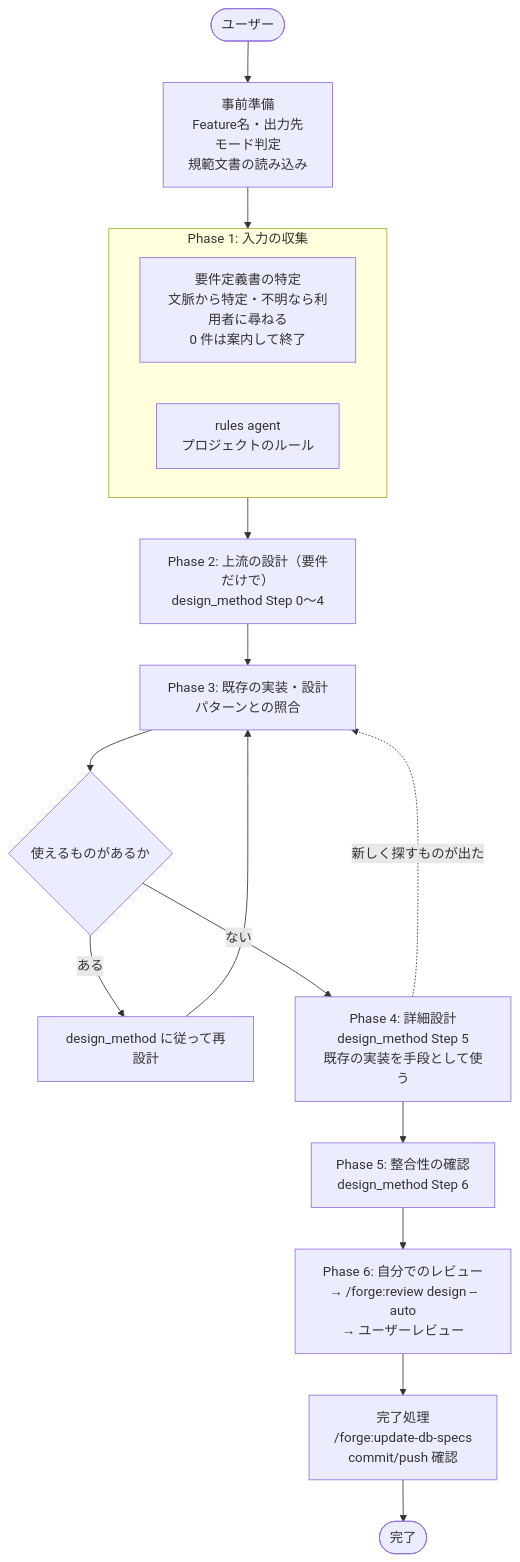
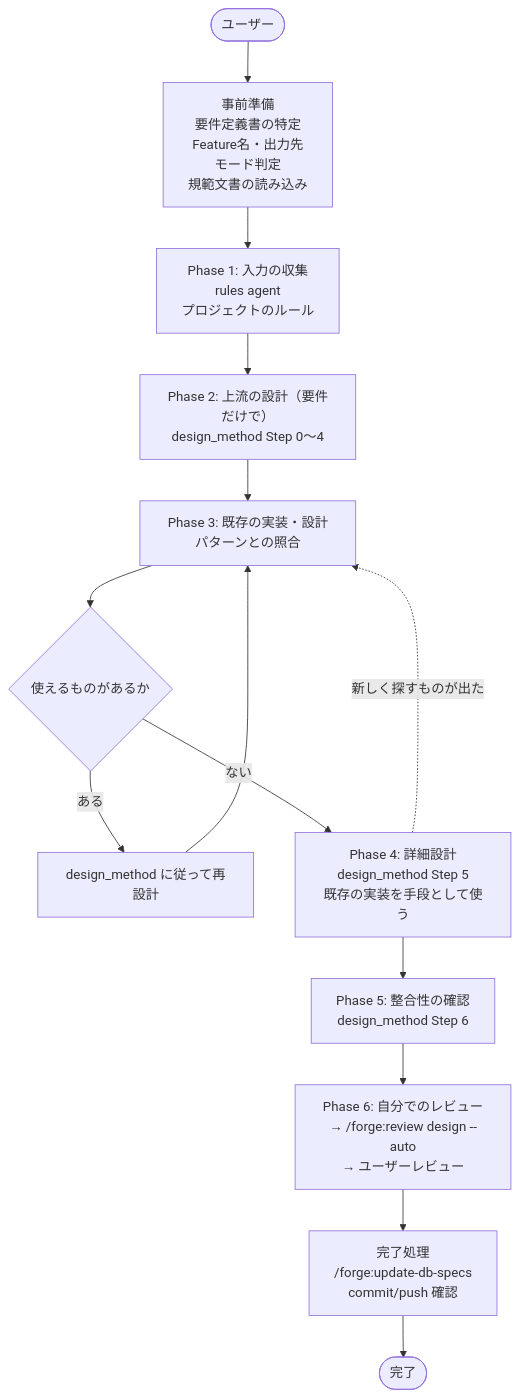
Before and after one commit to BlueEventHorizon/bw-cc-plugins: the diagram in docs/specs/forge/design/DES-018_create_design_workflow_design.md, drawn with Mermaid. The commit also changed other lines of this file and 6 other files, not shown here.

````diff
--- a/docs/specs/forge/design/DES-018_create_design_workflow_design.md
+++ b/docs/specs/forge/design/DES-018_create_design_workflow_design.md
@@ -14,29 +14,26 @@
 ```mermaid
 flowchart TD
     User([ユーザー]) --> PREREQ
 
-    PREREQ["事前準備<br>Feature名・出力先<br>モード判定<br>規範文書の読み込み"] --> COLLECT
+    PREREQ["事前準備<br>要件定義書の特定<br>Feature名・出力先<br>モード判定<br>規範文書の読み込み"] --> COLLECT
 
-    subgraph COLLECT["Phase 1: 入力の収集"]
-        A1["要件定義書の特定<br>文脈から特定・不明なら利用者に尋ねる<br>0 件は案内して終了"]
-        A2["rules agent<br>プロジェクトのルール"]
-    end
+    COLLECT["Phase 1: 入力の収集<br>rules agent<br>プロジェクトのルール"]
 
     COLLECT --> DESIGN
 
     DESIGN["Phase 2: 上流の設計（要件だけで）<br>design_method Step 0〜4"] --> MATCH
 
     MATCH["Phase 3: 既存の実装・設計パターンとの照合"] --> FOUND{使えるものがあるか}
     FOUND -->|"ある"| REDESIGN["design_method に従って再設計"]
     REDESIGN --> MATCH
     FOUND -->|"ない"| DETAIL
 
     DETAIL["Phase 4: 詳細設計<br>design_method Step 5<br>既存の実装を手段として使う"] --> CHECK
     DETAIL -.->|"新しく探すものが出た"| MATCH
 
     CHECK["Phase 5: 整合性の確認<br>design_method Step 6"] --> REVIEW
 
     REVIEW["Phase 6: 自分でのレビュー<br>→ /forge:review design --auto<br>→ ユーザーレビュー"] --> FINISH
 
     FINISH["完了処理<br>/forge:update-db-specs<br>commit/push 確認"] --> Done([完了])
 ```
````
